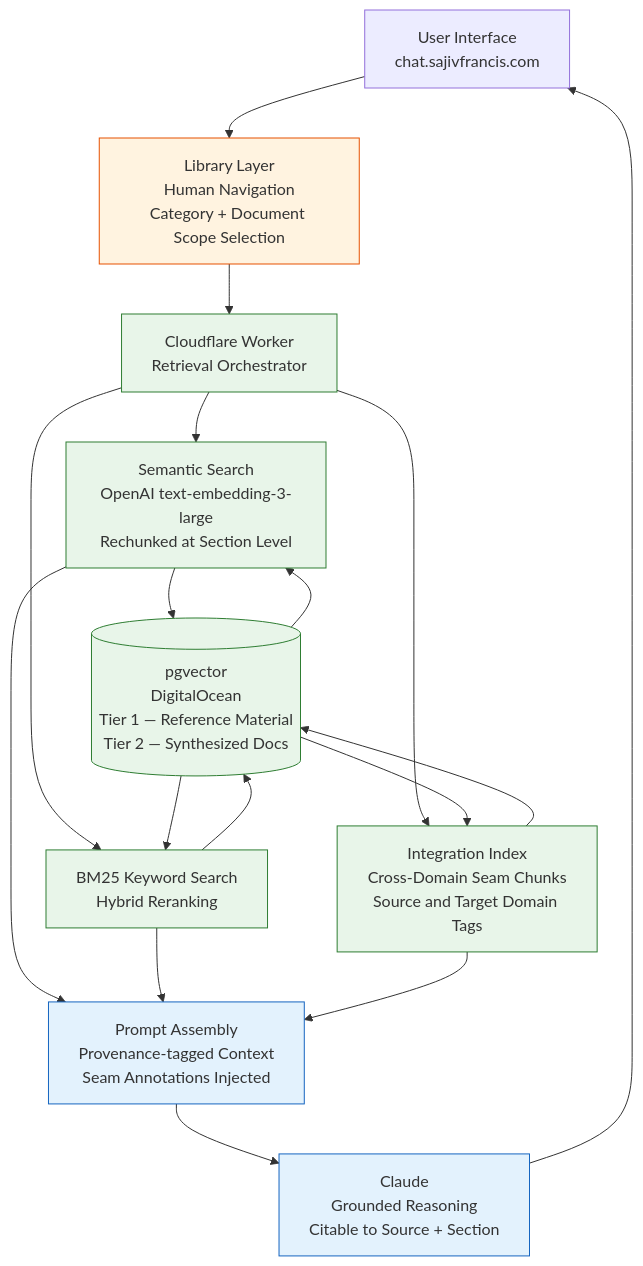
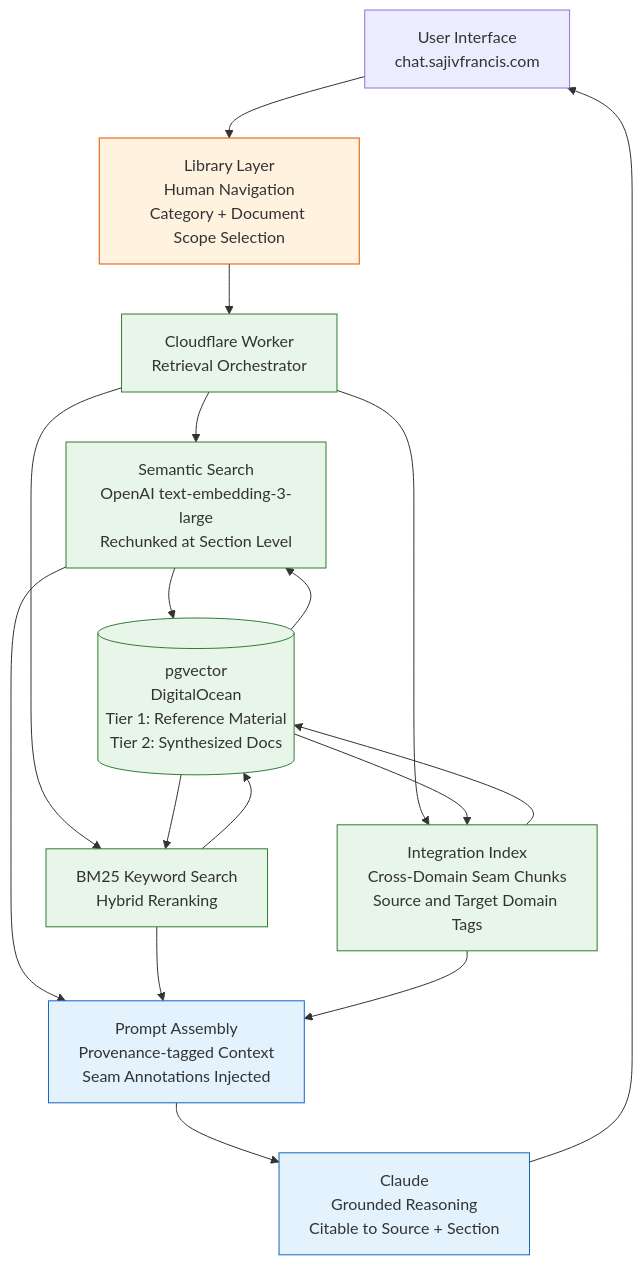
Before and after one commit to sfrancis2017/sajivfrancis.github.io: the third of 3 diagrams in src/content/blog/2026-06-13-building-a-grounded-personal-chat-the-two-layer-rag-architecture.mdx, drawn with Mermaid. The commit also changed other lines of this file and 22 other files, not shown here.

````diff
--- a/src/content/blog/2026-06-13-building-a-grounded-personal-chat-the-two-layer-rag-architecture.mdx
+++ b/src/content/blog/2026-06-13-building-a-grounded-personal-chat-the-two-layer-rag-architecture.mdx
@@ -200,40 +200,40 @@
 ```mermaid
 flowchart TD
     classDef source fill:#fff3e0,stroke:#e65100
     classDef integration fill:#e8f5e9,stroke:#2e7d32
     classDef target fill:#e3f2fd,stroke:#1565c0
     classDef reporting fill:#f3e5f5,stroke:#6a1b9a
 
     A["User Interface<br>chat.sajivfrancis.com"]
     G["Library Layer<br>Human Navigation<br>Category + Document Scope Selection"]
     B["Cloudflare Worker<br>Retrieval Orchestrator"]
     C1["Semantic Search<br>OpenAI text-embedding-3-large<br>Rechunked at Section Level"]
     C2["BM25 Keyword Search<br>Hybrid Reranking"]
     C3["Integration Index<br>Cross-Domain Seam Chunks<br>Source and Target Domain Tags"]
-    D[("pgvector<br>DigitalOcean<br>Tier 1 — Reference Material<br>Tier 2 — Synthesized Docs")]
+    D[("pgvector<br>DigitalOcean<br>Tier 1: Reference Material<br>Tier 2: Synthesized Docs")]
     E["Prompt Assembly<br>Provenance-tagged Context<br>Seam Annotations Injected"]
     F["Claude<br>Grounded Reasoning<br>Citable to Source + Section"]
 
     A --> G
     G --> B
     B --> C1
     B --> C2
     B --> C3
     C1 --> D
     C2 --> D
     C3 --> D
     D --> C1
     D --> C2
     D --> C3
     C1 --> E
     C2 --> E
     C3 --> E
     E --> F
     F --> A
 
     class G source
     class B integration
     class C1,C2,C3,D integration
     class E,F target
 
 ```
````
